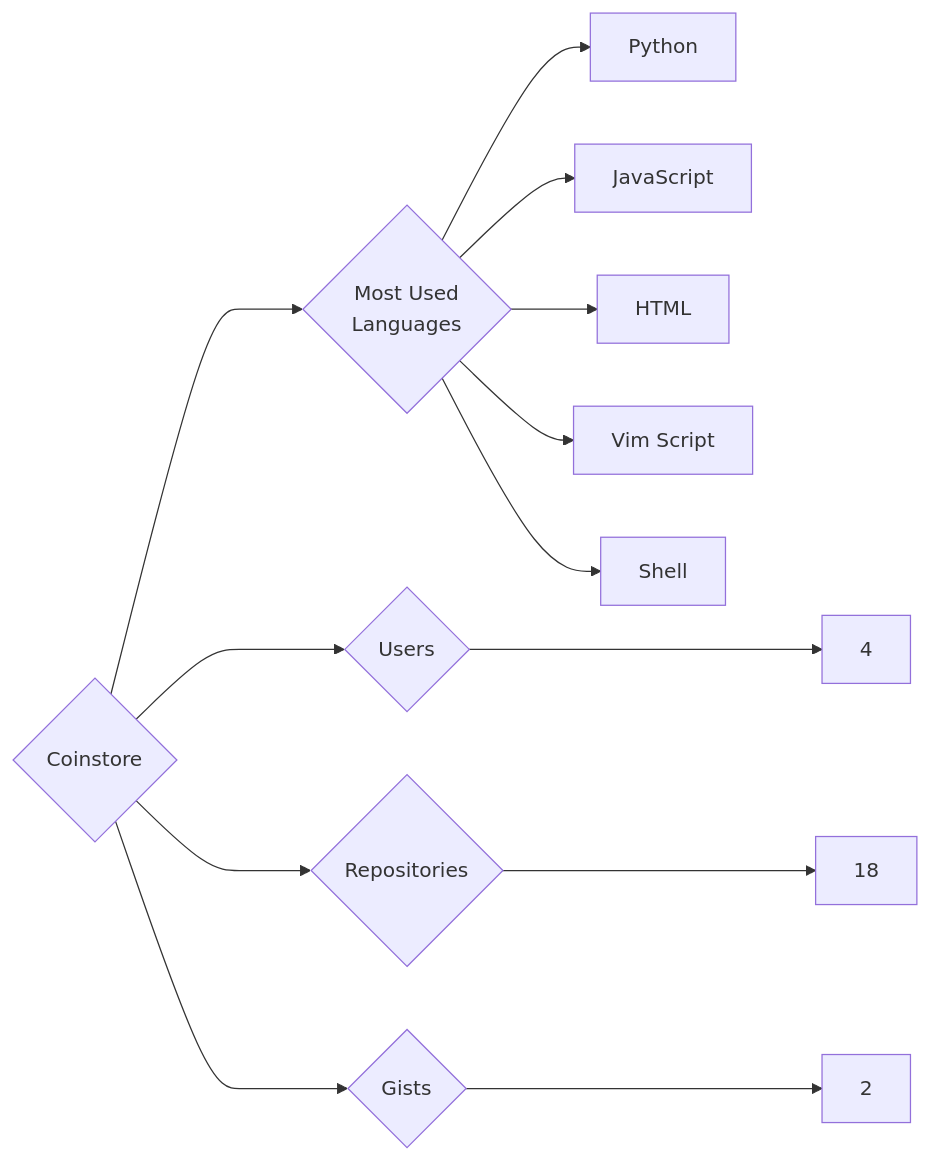
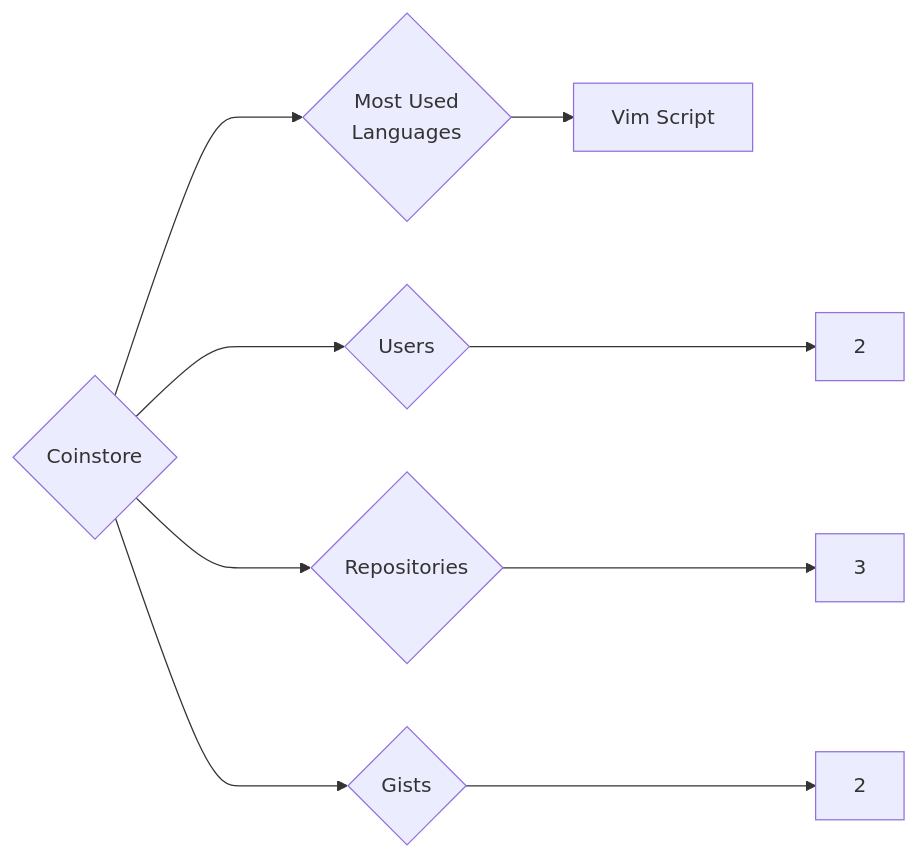
The diagram in targets/Coinstore/README.md (trickest/insiders), drawn with Mermaid before and after one commit. The commit also changed 1078 other files, not shown here.

````diff
--- a/targets/Coinstore/README.md
+++ b/targets/Coinstore/README.md
@@ -3,13 +3,9 @@
 ```mermaid
 graph LR
 COMPANY_NAME{Coinstore}
-COMPANY_NAME ---> U{Users} ---> UN[4]
-COMPANY_NAME ---> R{Repositories} ---> RN[18]
+COMPANY_NAME ---> U{Users} ---> UN[2]
+COMPANY_NAME ---> R{Repositories} ---> RN[3]
 COMPANY_NAME ---> G{Gists} ---> GN[2]
 COMPANY_NAME ---> ML{Most Used<br>Languages}
-ML --> Python[Python]
-ML --> JavaScript[JavaScript]
-ML --> HTML[HTML]
 ML --> Vim_Script[Vim Script]
-ML --> Shell[Shell]
 ```
````
